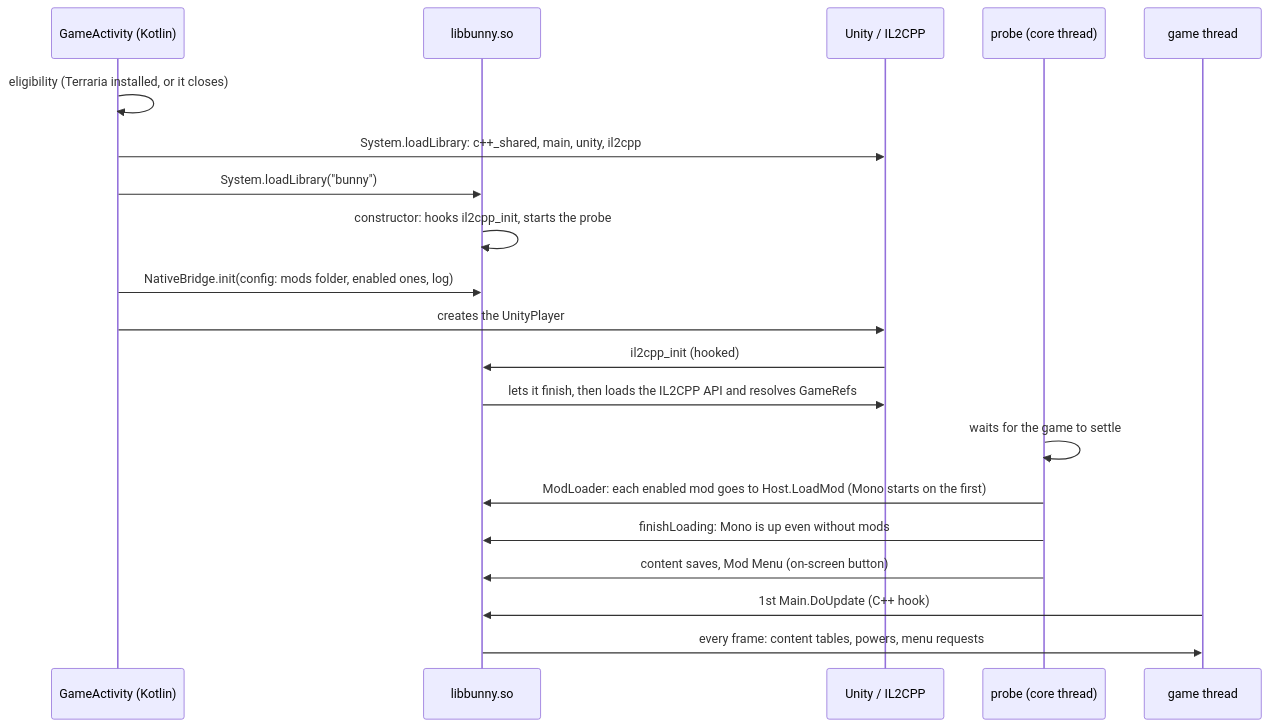
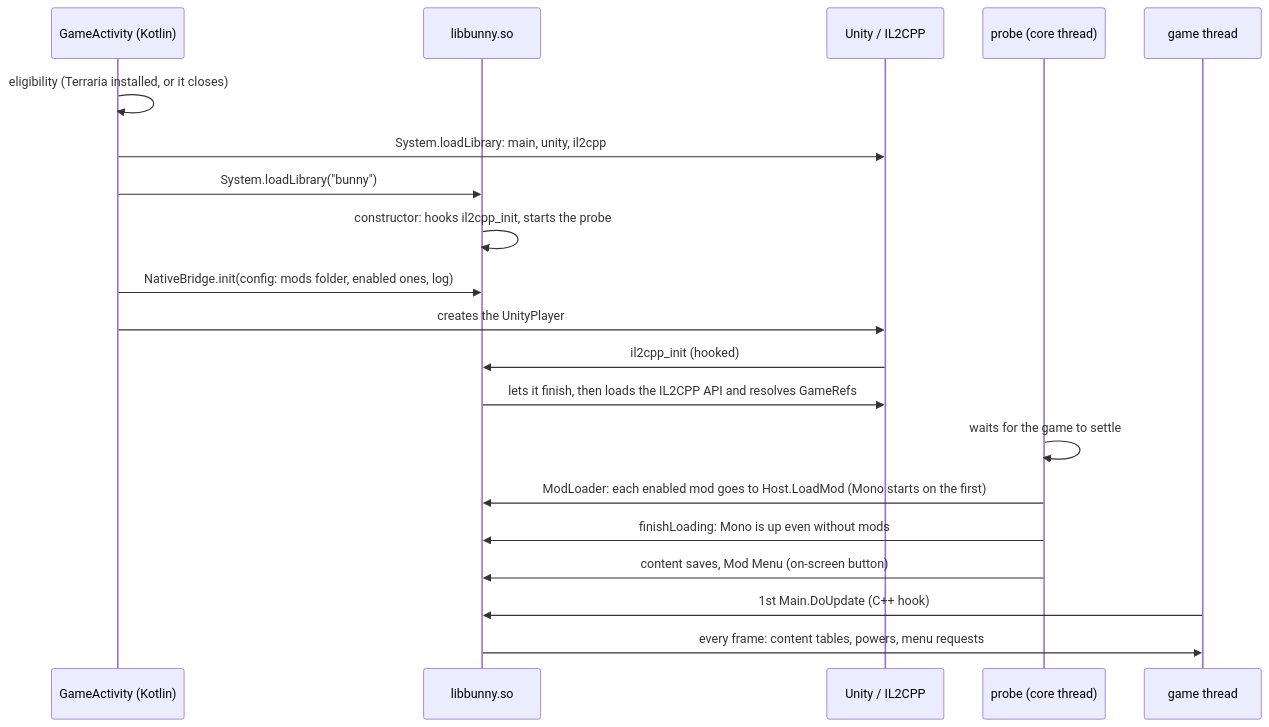
The second of 2 diagrams in docs/nucleo/README.md (JonataOliveiraa/Bunny-Loader), drawn with Mermaid before and after one commit. The commit also changed 3 other files, not shown here.

````diff
--- a/docs/nucleo/README.md
+++ b/docs/nucleo/README.md
@@ -74,22 +74,22 @@
 ```mermaid
 sequenceDiagram
     participant A as GameActivity (Kotlin)
     participant B as libbunny.so
     participant U as Unity / IL2CPP
     participant S as probe (core thread)
     participant G as game thread
     A->>A: eligibility (Terraria installed, or it closes)
-    A->>U: System.loadLibrary: c++_shared, main, unity, il2cpp
+    A->>U: System.loadLibrary: main, unity, il2cpp
     A->>B: System.loadLibrary("bunny")
     B->>B: constructor: hooks il2cpp_init, starts the probe
     A->>B: NativeBridge.init(config: mods folder, enabled ones, log)
     A->>U: creates the UnityPlayer
     U->>B: il2cpp_init (hooked)
     B->>U: lets it finish, then loads the IL2CPP API and resolves GameRefs
     S->>S: waits for the game to settle
     S->>B: ModLoader: each enabled mod goes to Host.LoadMod (Mono starts on the first)
     S->>B: finishLoading: Mono is up even without mods
     S->>B: content saves, Mod Menu (on-screen button)
     G->>B: 1st Main.DoUpdate (C++ hook)
     B->>G: every frame: content tables, powers, menu requests
 ```
````
